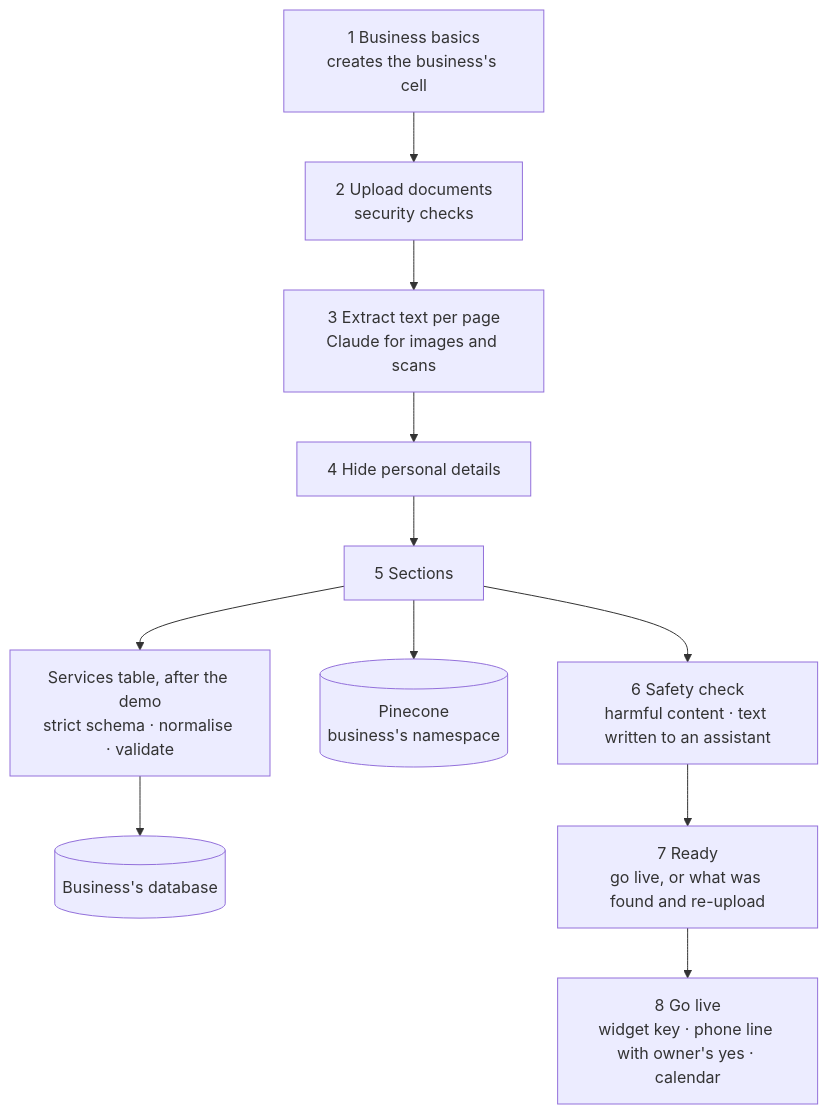
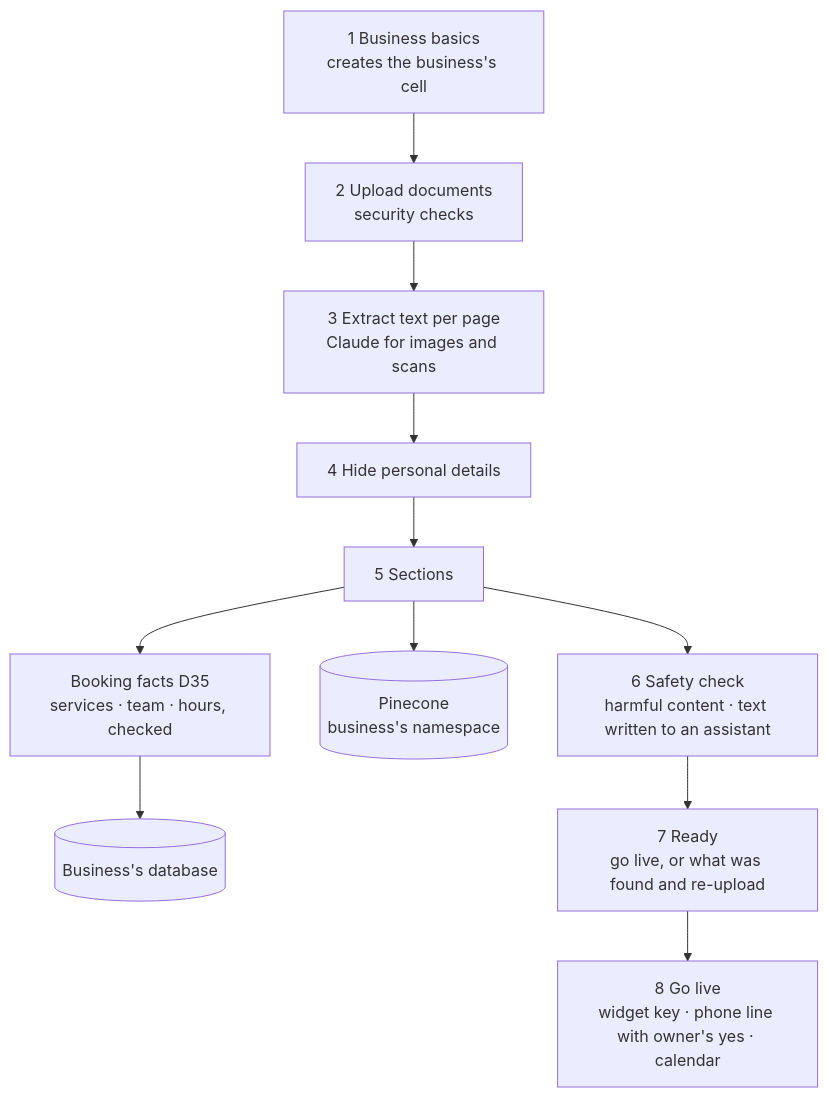
Before and after one commit to BharathiRaja-Palaniswamy/smartdesk: the second of 3 diagrams in docs/PLAN.md, drawn with Mermaid. The commit also changed other lines of this file and 48 other files, not shown here.

````diff
--- a/docs/PLAN.md
+++ b/docs/PLAN.md
@@ -128,13 +128,13 @@
 ```mermaid
 flowchart TD
   B[1 Business basics<br/>creates the business's cell] --> U[2 Upload documents<br/>security checks]
   U --> X[3 Extract text per page<br/>Claude for images and scans]
   X --> R[4 Hide personal details]
   R --> S[5 Sections]
-  S --> T[Services table, after the demo<br/>strict schema · normalise · validate]
+  S --> T[Booking facts D35<br/>services · team · hours, checked]
   S --> P[(Pinecone<br/>business's namespace)]
   T --> Q[(Business's database)]
   S --> K[6 Safety check<br/>harmful content · text written to an assistant]
   K --> E[7 Ready<br/>go live, or what was found and re-upload]
   E --> G[8 Go live<br/>widget key · phone line with owner's yes · calendar]
 ```
````
